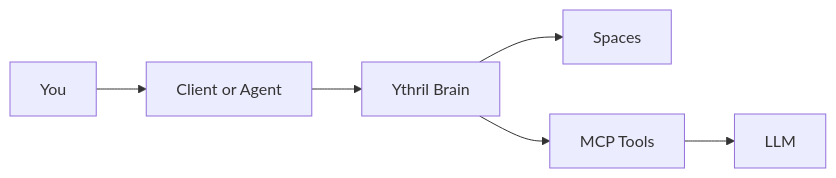
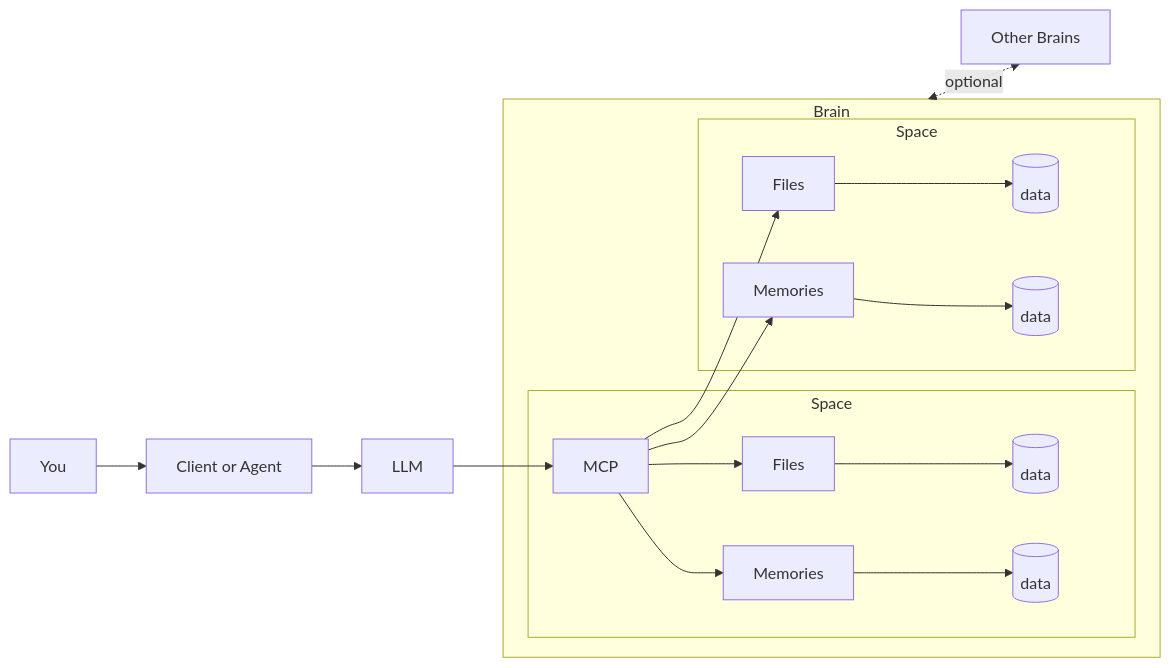
The first of 4 diagrams in README.md (MetalMMagic/Ythril), drawn with Mermaid before and after one commit. The commit also changed other lines of this file and 3 other files, not shown here.

````diff
--- a/README.md
+++ b/README.md
@@ -18,8 +18,26 @@
 ```mermaid
 flowchart LR
 	U[You] --> C[Client or Agent]
-	C --> Y[Ythril Brain]
-	Y --> S[Spaces]
-	Y --> M[MCP Tools]
-	M --> L[LLM]
+	C --> L[LLM]
+	L --> MCP
+
+	subgraph Brain
+		MCP
+
+		subgraph S1[Space]
+			MCP --> Mem1[Memories]
+			MCP --> Files1[Files]
+			Mem1 --> D1[(data)]
+			Files1 --> D2[(data)]
+		end
+
+		subgraph S2[Space]
+			MCP --> Mem2[Memories]
+			MCP --> Files2[Files]
+			Mem2 --> D3[(data)]
+			Files2 --> D4[(data)]
+		end
+	end
+
+	Brain <-.->|optional| OB[Other Brains]
 ```
````
